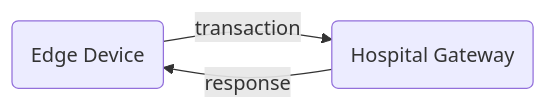
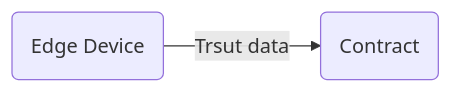
Before and after one commit to knight-y-j/mock-medical-phr-app: the second of 5 diagrams in mock/doc/architecture/trust.index.md, drawn with Mermaid. The commit also changed other lines of this file, not shown here.

Commit message:
upload architecture trust data

````diff
--- a/mock/doc/architecture/trust.index.md
+++ b/mock/doc/architecture/trust.index.md
@@ -22,5 +27,4 @@
 ```mermaid
   flowchart LR
-  id1(Edge Device) -- transaction --> id2(Hospital Gateway) -- response --> id1
-  id2(Hospital Gateway)
+  id1(Edge Device) -- Trsut data --> id2(Contract)
 ```
````
